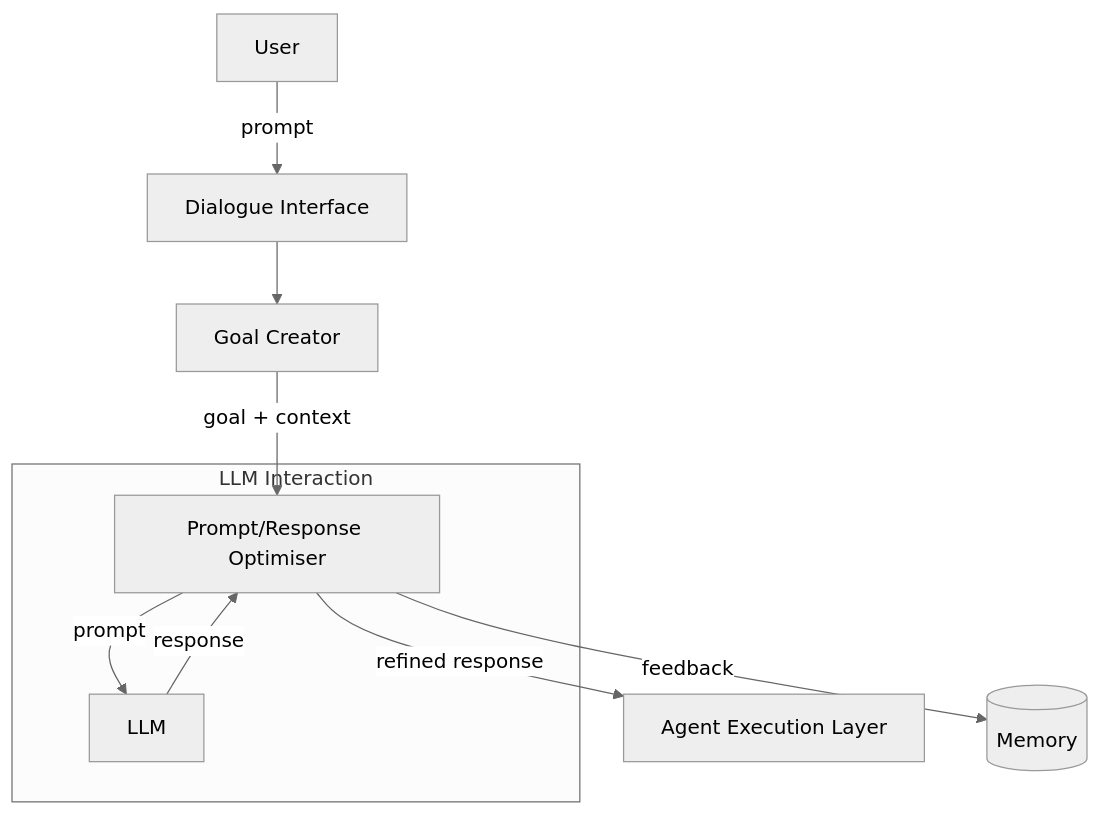
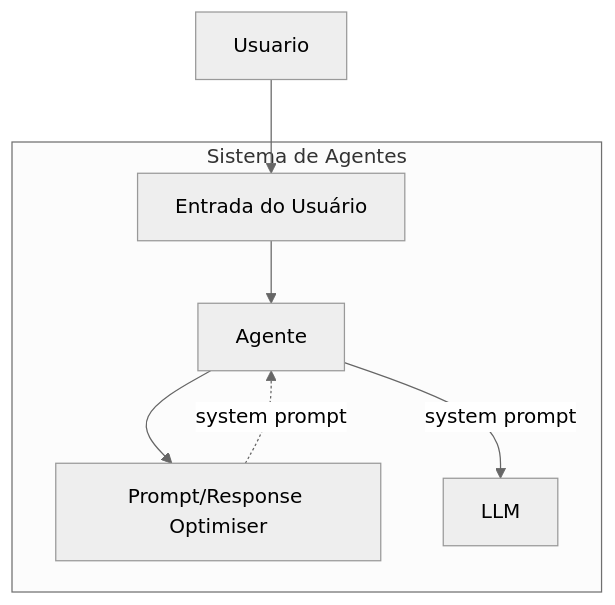
Before and after one commit to yanjustino/AgentPatternCatalogue: the diagram in doc/PromptResponseOptimiser.md, drawn with Mermaid (neutral theme). The commit also changed other lines of this file and 28 other files, not shown here.

````diff
--- a/doc/PromptResponseOptimiser.md
+++ b/doc/PromptResponseOptimiser.md
@@ -6,14 +6,11 @@
 ```mermaid
-flowchart TD
-    U[User] -->|prompt| Dlg[Dialogue Interface]
-    Dlg --> GC[Goal Creator]
-    GC -->|goal + context| PRO[Prompt/Response Optimiser]
-    
-    subgraph LLM Interaction
-        PRO -->|prompt| LLM[LLM]
-        LLM -->|response| PRO
+flowchart TB
+    Usuario
+    subgraph Sistema de Agentes
+        UI[Entrada do Usuário] --> AG[Agente]
+        AG --> PGC[Prompt/Response Optimiser]
+        PGC -.system prompt.-> AG 
+        AG -->|system prompt| LLM[LLM]
     end
-    
-    PRO -->|refined response| Exec[Agent Execution Layer]
-    PRO -->|feedback| Mem[(Memory)]
+    Usuario --> UI
 ```
````
